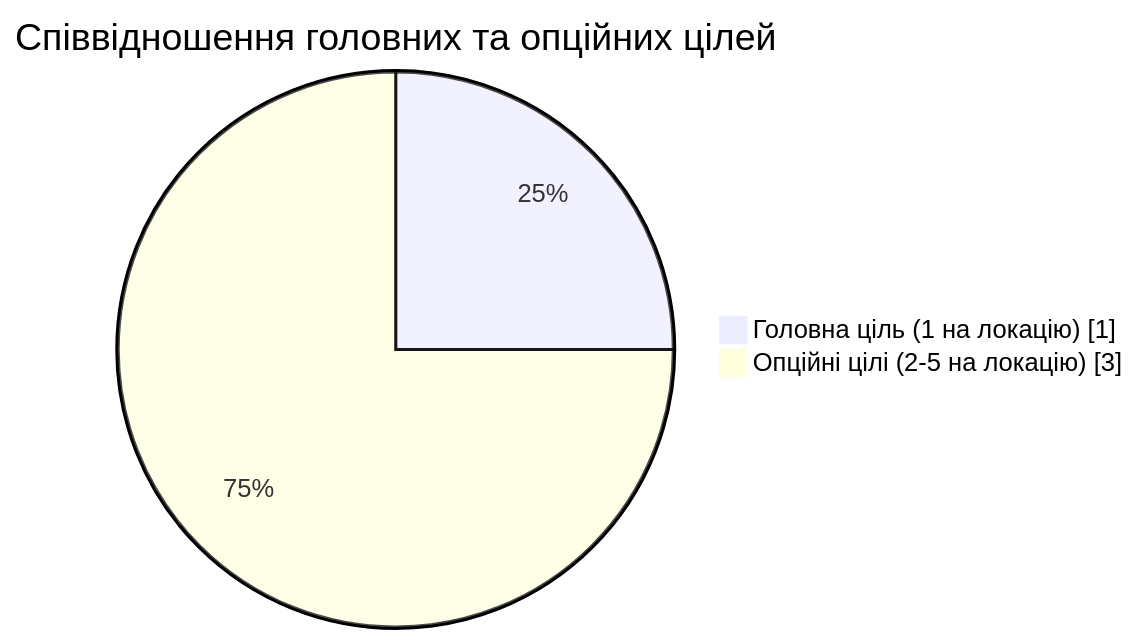
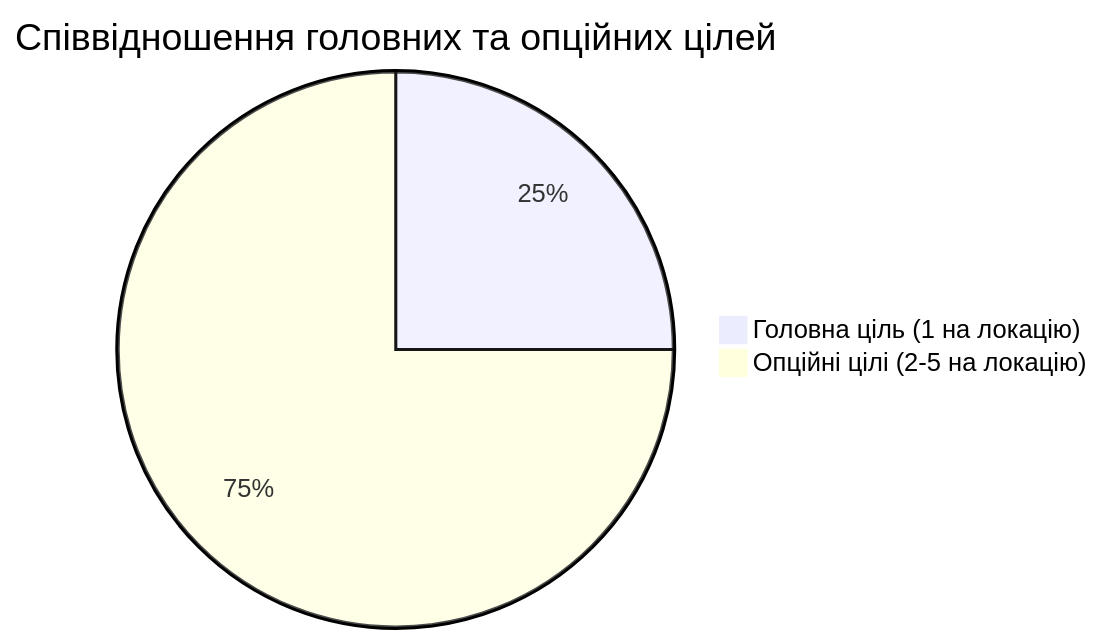
The fifth of 9 diagrams in Docs/GameDesign/PLANET_LOCATIONS.md (nick-fedchik/CallOfRelics), drawn with Mermaid before and after one commit. The commit also changed other lines of this file, not shown here.

First line of the commit message:
Fix PLANET_LOCATIONS.md Mermaid diagrams rendering

````diff
--- a/Docs/GameDesign/PLANET_LOCATIONS.md
+++ b/Docs/GameDesign/PLANET_LOCATIONS.md
@@ -221,6 +221,5 @@
 ```mermaid
-pie showData
-    title Співвідношення головних та опційних цілей
+pie title Співвідношення головних та опційних цілей
     "Головна ціль (1 на локацію)" : 1
     "Опційні цілі (2-5 на локацію)" : 3
 ```
````
